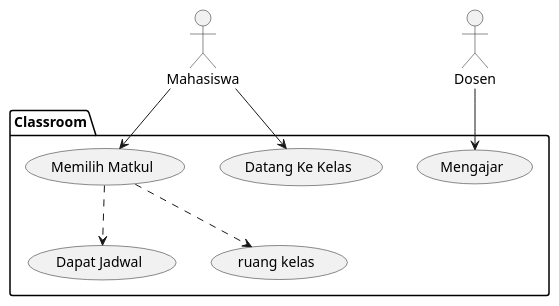
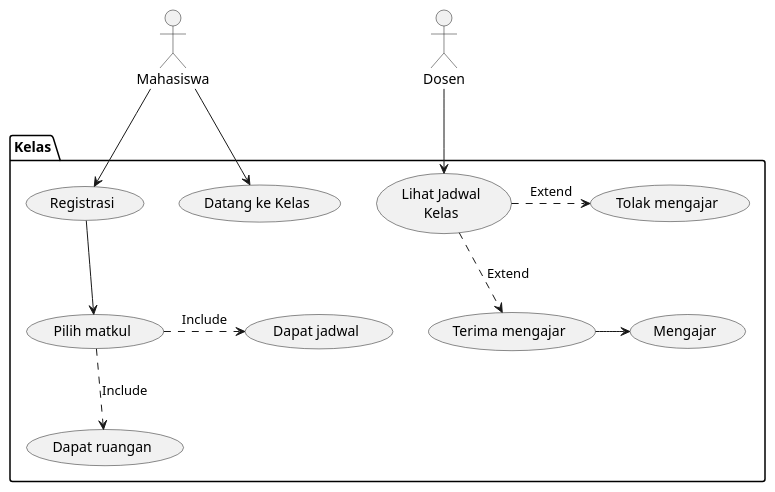
Before and after one commit to luthfanptr/DAA: the diagram in pert2/test.puml, drawn with PlantUML.

Commit message:
Pertemuan 2

```diff
--- a/pert2/test.puml
+++ b/pert2/test.puml
@@ -1,23 +1,30 @@
 @startuml test
 
-actor Mahasiswa as Mhs 
-actor Dosen as dosen 
+Actor Mahasiswa as Mhs
+Actor Dosen as Dsn
 
-
-package Classroom {
-    usecase "Datang Ke Kelas" as U1
-    usecase "Memilih Matkul" as U2
-    usecase "Dapat Jadwal" as U3
-    usecase "ruang kelas" as U4
-    usecase "Mengajar" as U5
-    
+package Kelas {
+    usecase "Datang ke Kelas" as U1
+    usecase "Registrasi" as U2
+    usecase "Pilih matkul" as U3
+    usecase "Dapat jadwal" as U4
+    usecase "Dapat ruangan" as U5
+    usecase "Lihat Jadwal\nKelas" as U6
+    usecase "Terima mengajar" as U7
+    usecase "Tolak mengajar" as U8
+    usecase "Mengajar" as U9
 
 }
 
-Mhs -> U1
-Mhs --> U2
-U2 ..> U3
-U2 ..> U4
-dosen --> U5
+Mhs -> U2
+Mhs --> U1
+U2 --> U3
+U3 .> U4: Include
+U3 ..> U5: Include
+
+Dsn --> U6
+U6 ..> U7: Extend
+U6 .> U8: Extend
+U7 -> U9
 
 @enduml
```
